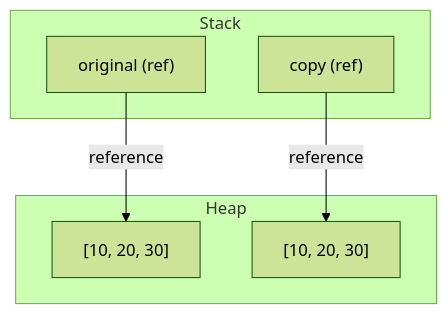
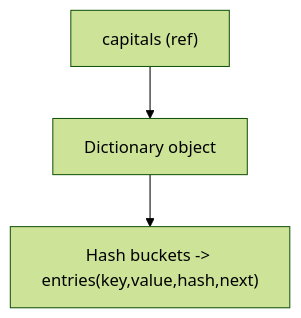
One commit to BasharAlwarad/Software_Engineering_course changed the third of 8 diagrams in 19_arrays/README.md. Above: the diagram before and after it, drawn with Mermaid (forest theme). The commit also changed other lines of this file and 44 other files, not shown here.

````diff
--- a/19_arrays/README.md
+++ b/19_arrays/README.md
@@ -99,13 +196,5 @@
 ```mermaid
-flowchart TD
-    subgraph Stack
-        A["original (ref)"]
-        B["copy (ref)"]
-    end
-    subgraph Heap
-        C["[10, 20, 30]"]
-        D["[10, 20, 30]"]
-    end
-    A -- reference --> C
-    B -- reference --> D
+graph TD
+		dref["capitals (ref)"] --> dict["Dictionary object"]
+		dict --> buckets["Hash buckets -> entries(key,value,hash,next)"]
 ```
````
